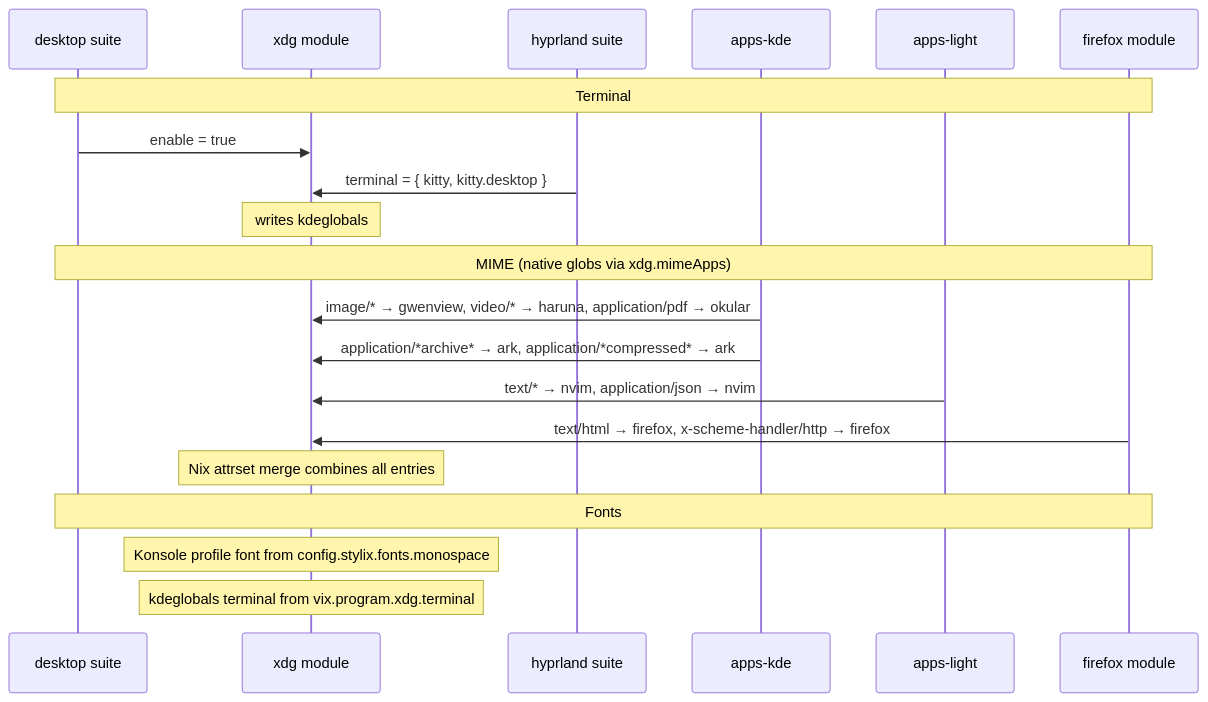
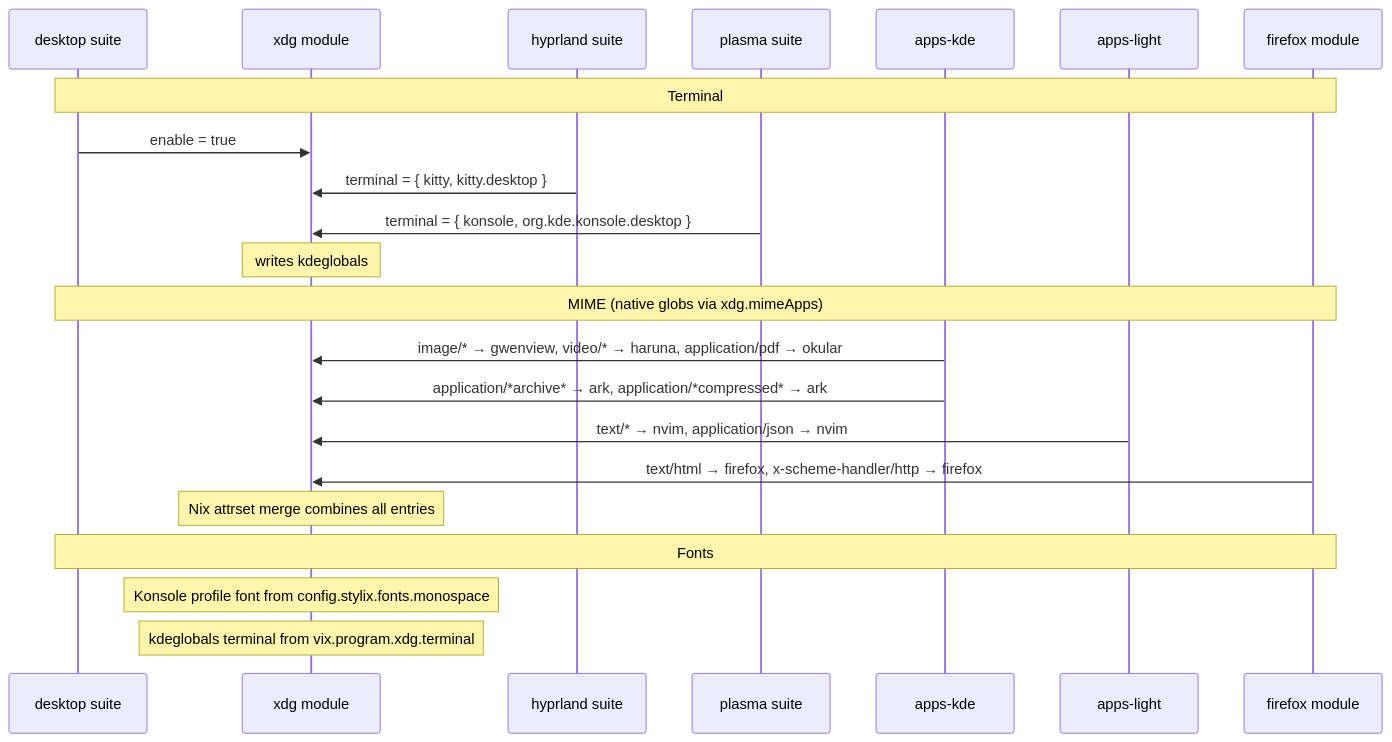
The fourth of 4 diagrams in docs/ARCHITECTURE.md (vixhentx/nixos), drawn with Mermaid before and after one commit. The commit also changed other lines of this file and 10 other files, not shown here.

````diff
--- a/docs/ARCHITECTURE.md
+++ b/docs/ARCHITECTURE.md
@@ -79,25 +89,27 @@
 ```mermaid
 sequenceDiagram
     participant DS as desktop suite
     participant XDG as xdg module
     participant HS as hyprland suite
+    participant PS as plasma suite
     participant AK as apps-kde
     participant AL as apps-light
     participant FF as firefox module
 
     Note over DS,FF: Terminal
     DS->>XDG: enable = true
     HS->>XDG: terminal = { kitty, kitty.desktop }
+    PS->>XDG: terminal = { konsole, org.kde.konsole.desktop }
     Note over XDG: writes kdeglobals
 
     Note over DS,FF: MIME (native globs via xdg.mimeApps)
     AK->>XDG: image/* → gwenview, video/* → haruna, application/pdf → okular
     AK->>XDG: application/*archive* → ark, application/*compressed* → ark
     AL->>XDG: text/* → nvim, application/json → nvim
     FF->>XDG: text/html → firefox, x-scheme-handler/http → firefox
     Note over XDG: Nix attrset merge combines all entries
 
     Note over DS,FF: Fonts
     Note over XDG: Konsole profile font from config.stylix.fonts.monospace
     Note over XDG: kdeglobals terminal from vix.program.xdg.terminal
 ```
````
